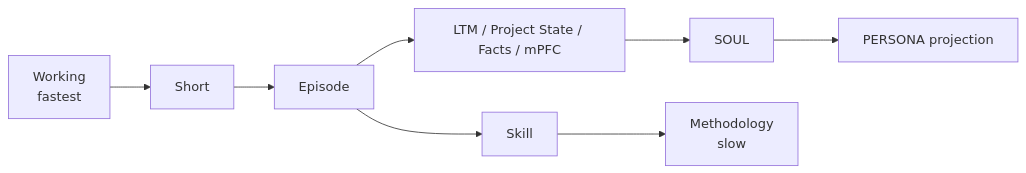
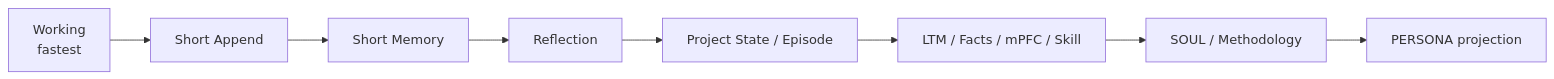
Before and after one commit to Ri0n72Y/agent-identity-cycle: the second of 3 diagrams in docs/architecture.md, drawn with Mermaid. The commit also changed other lines of this file and 16 other files, not shown here.

First line of the commit message:
feat: split short-memory appending from reflection

````diff
--- a/docs/architecture.md
+++ b/docs/architecture.md
@@ -45,10 +50,10 @@
 ```mermaid
 flowchart LR
-    A[Working\nfastest] --> B[Short]
-    B --> C[Episode]
-    C --> D[LTM / Project State / Facts / mPFC]
-    D --> E[SOUL]
-    E --> F[PERSONA projection]
-    C --> G[Skill]
-    G --> H[Methodology\nslow]
+    A[Working\nfastest] --> B[Short Append]
+    B --> C[Short Memory]
+    C --> D[Reflection]
+    D --> E[Project State / Episode]
+    E --> F[LTM / Facts / mPFC / Skill]
+    F --> G[SOUL / Methodology]
+    G --> H[PERSONA projection]
 ```
````
